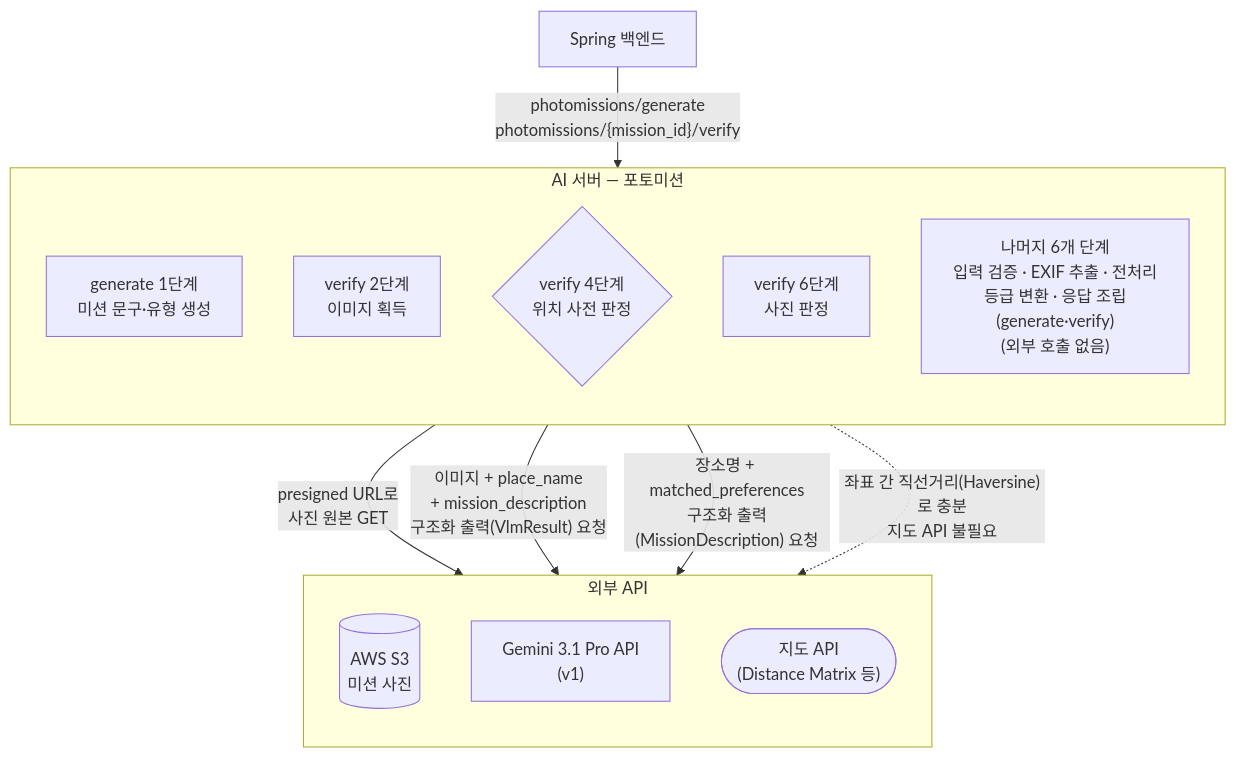
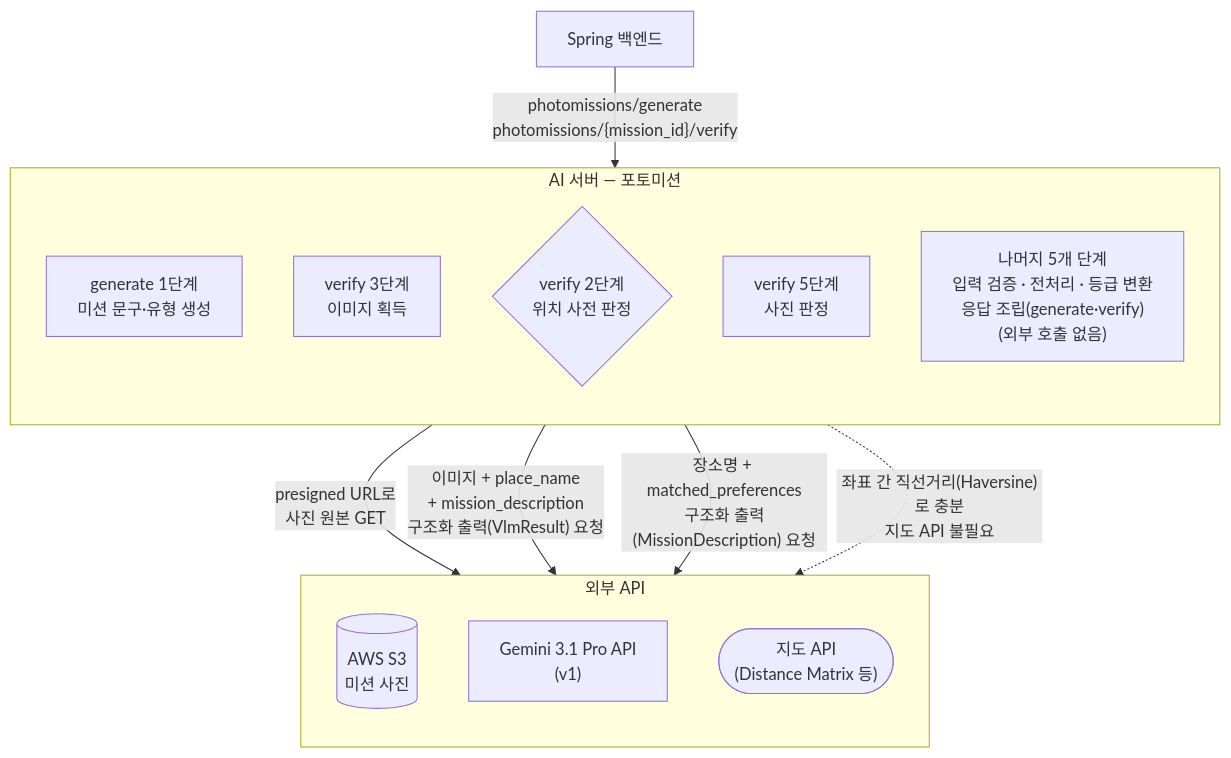
Before and after one commit to 100-hours-a-week/KTB4-20th-AI: the second of 2 diagrams in docs/weeks_task/02_weeks/06.md, drawn with Mermaid. The commit also changed other lines of this file and 6 other files, not shown here.

````diff
--- a/docs/weeks_task/02_weeks/06.md
+++ b/docs/weeks_task/02_weeks/06.md
@@ -121,25 +121,25 @@
 ```mermaid
 flowchart TB
     BE["Spring 백엔드"] -->|"photomissions/generate<br/>photomissions/{mission_id}/verify"| AI
 
     subgraph AI["AI 서버 — 포토미션"]
         direction TB
         G2["generate 1단계<br/>미션 문구·유형 생성"]
-        V2["verify 2단계<br/>이미지 획득"]
-        V4{"verify 4단계<br/>위치 사전 판정"}
-        V6["verify 6단계<br/>사진 판정"]
-        LOCAL["나머지 6개 단계<br/>입력 검증 · EXIF 추출 · 전처리<br/>등급 변환 · 응답 조립(generate·verify)<br/>(외부 호출 없음)"]
+        V2["verify 3단계<br/>이미지 획득"]
+        V4{"verify 2단계<br/>위치 사전 판정"}
+        V6["verify 5단계<br/>사진 판정"]
+        LOCAL["나머지 5개 단계<br/>입력 검증 · 전처리 · 등급 변환<br/>응답 조립(generate·verify)<br/>(외부 호출 없음)"]
     end
 
     subgraph External["외부 API"]
         direction TB
         S3[("AWS S3<br/>미션 사진")]
         GEM["Gemini 3.1 Pro API<br/>(v1)"]
         MAP(["지도 API<br/>(Distance Matrix 등)"])
     end
 
     V2 -->|"presigned URL로<br/>사진 원본 GET"| S3
     V6 -->|"이미지 + place_name<br/>+ mission_description<br/>구조화 출력(VlmResult) 요청"| GEM
     G2 -->|"장소명 + matched_preferences<br/>구조화 출력(MissionDescription) 요청"| GEM
     V4 -. "좌표 간 직선거리(Haversine)로 충분<br/>지도 API 불필요" .-> MAP
 ```
````
